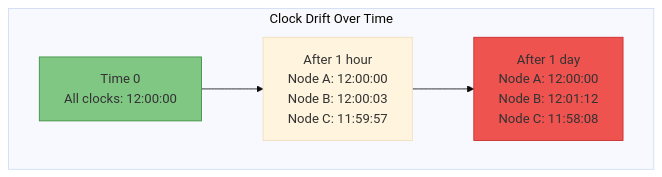
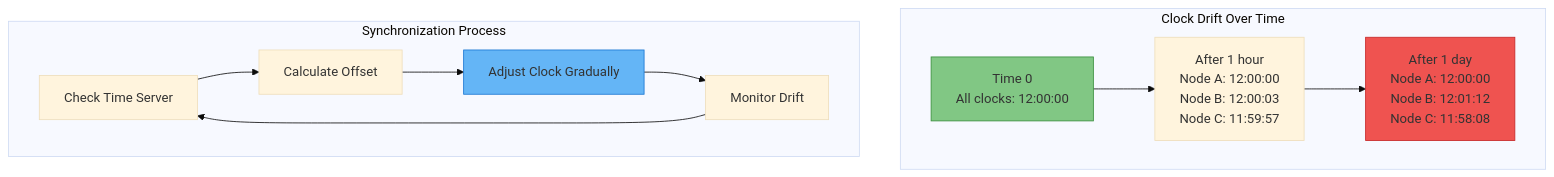
Before and after one commit to deepaucksharma/DStudio: the first of 7 diagrams in docs/pattern-library/coordination/clock-sync.md, drawn with Mermaid (base theme). The commit also changed other lines of this file and 11 other files, not shown here.

````diff
--- a/docs/pattern-library/coordination/clock-sync.md
+++ b/docs/pattern-library/coordination/clock-sync.md
@@ -85,14 +85,22 @@
 ```mermaid
 graph TD
     subgraph "Clock Drift Over Time"
         T0[Time 0<br/>All clocks: 12:00:00]
         T1[After 1 hour<br/>Node A: 12:00:00<br/>Node B: 12:00:03<br/>Node C: 11:59:57]
         T2[After 1 day<br/>Node A: 12:00:00<br/>Node B: 12:01:12<br/>Node C: 11:58:08]
         
         T0 --> T1
         T1 --> T2
     end
     
+    subgraph "Synchronization Process"
+        S1[Check Time Server] --> S2[Calculate Offset]
+        S2 --> S3[Adjust Clock Gradually]
+        S3 --> S4[Monitor Drift]
+        S4 --> S1
+    end
+    
     style T0 fill:#81c784,stroke:#388e3c
     style T2 fill:#ef5350,stroke:#c62828
+    style S3 fill:#64b5f6,stroke:#1976d2
 ```
````
